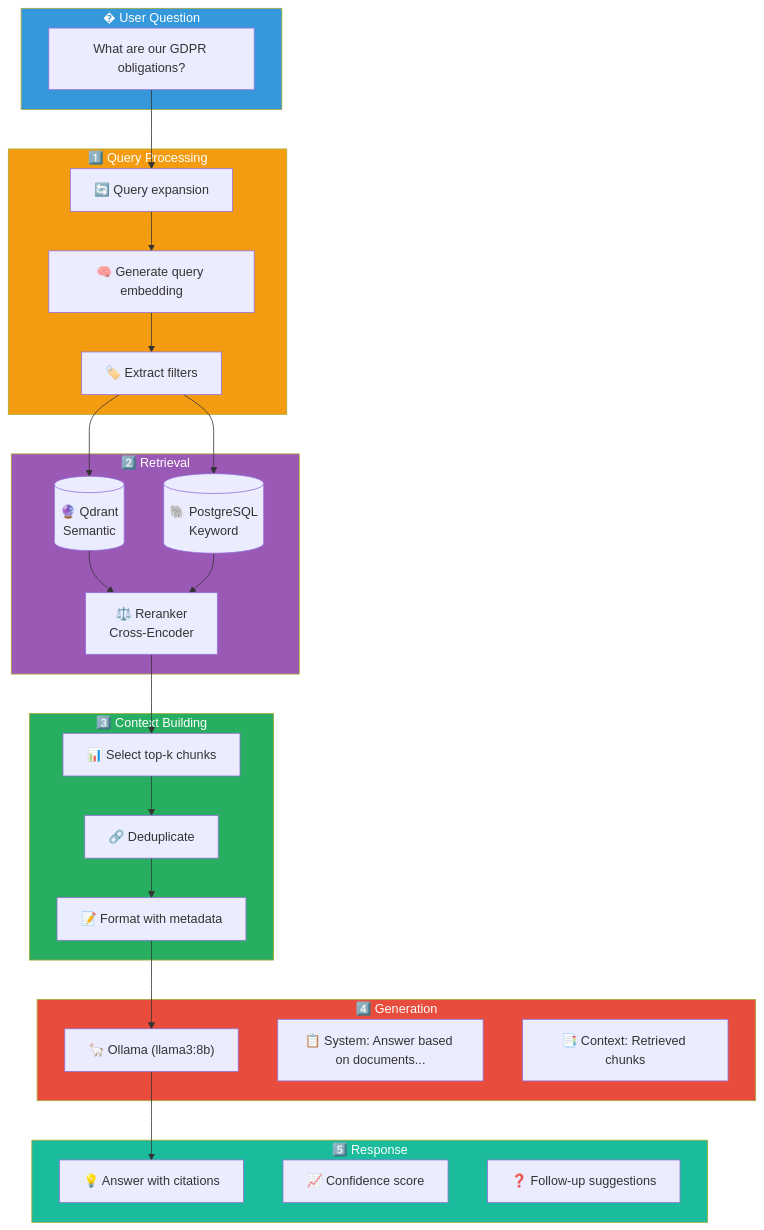
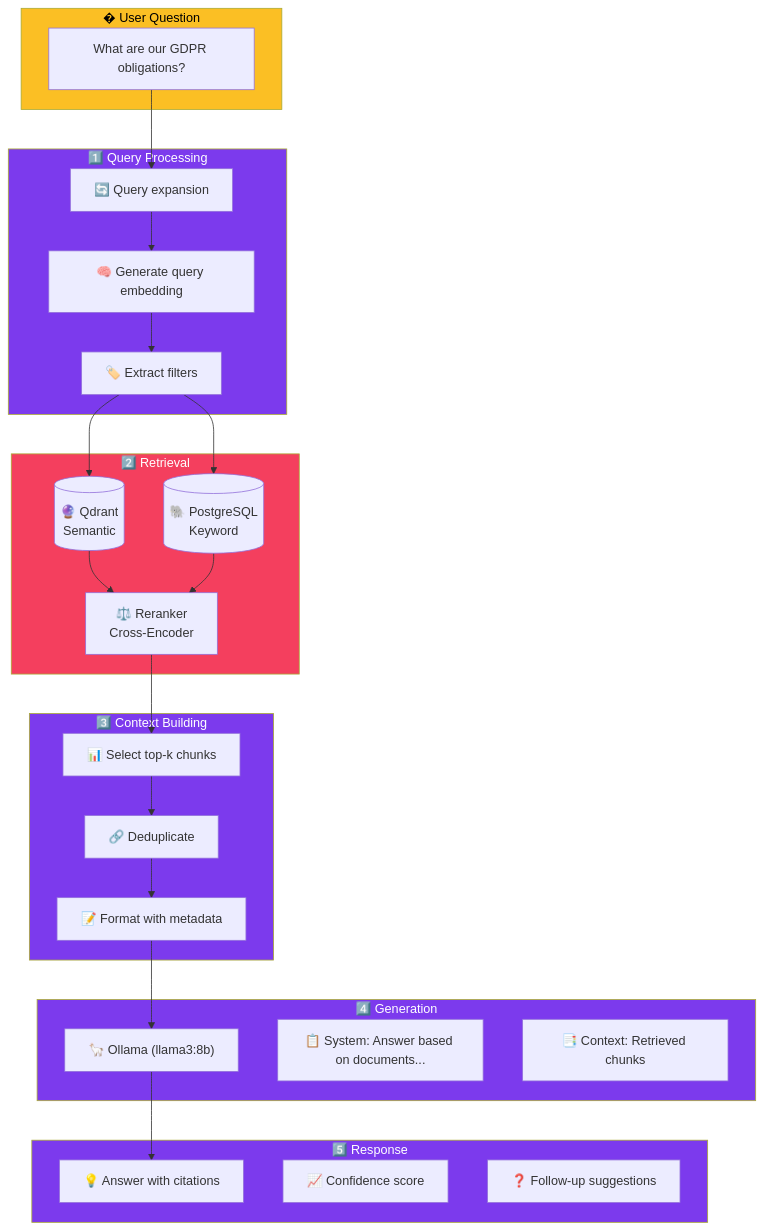
The diagram in src/content/blog/rag-pipeline-ollama-qdrant.mdx (viktorrobin/bluerobin-blog), drawn with Mermaid before and after one commit. The commit also changed other lines of this file and 127 other files, not shown here.

````diff
--- a/src/content/blog/rag-pipeline-ollama-qdrant.mdx
+++ b/src/content/blog/rag-pipeline-ollama-qdrant.mdx
@@ -24,52 +39,53 @@
 ```mermaid
 flowchart TB
     subgraph Input["� User Question"]
         Q["What are our GDPR obligations?"]
     end
 
     subgraph QueryProcessing["1️⃣ Query Processing"]
         QP1[🔄 Query expansion]
         QP2[🧠 Generate query embedding]
         QP3[🏷️ Extract filters]
     end
 
     subgraph Retrieval["2️⃣ Retrieval"]
         R1[("🔮 Qdrant<br/>Semantic")]
         R2[("🐘 PostgreSQL<br/>Keyword")]
         R3["⚖️ Reranker<br/>Cross-Encoder"]
         R1 & R2 --> R3
     end
 
     subgraph Context["3️⃣ Context Building"]
         C1[📊 Select top-k chunks]
         C2[🔗 Deduplicate]
         C3[📝 Format with metadata]
         C1 --> C2 --> C3
     end
 
     subgraph Generation["4️⃣ Generation"]
         G1["🦙 Ollama (llama3:8b)"]
         G2["📋 System: Answer based on documents..."]
         G3["📑 Context: Retrieved chunks"]
     end
 
     subgraph Response["5️⃣ Response"]
         RS1[💡 Answer with citations]
         RS2[📈 Confidence score]
         RS3[❓ Follow-up suggestions]
     end
 
     Q --> QP1
     QP1 --> QP2 --> QP3
     QP3 --> R1 & R2
     R3 --> C1
     C3 --> G1
     G1 --> RS1
 
-    style Input fill:#3498db,color:#fff
-    style QueryProcessing fill:#f39c12,color:#fff
-    style Retrieval fill:#9b59b6,color:#fff
-    style Context fill:#27ae60,color:#fff
-    style Generation fill:#e74c3c,color:#fff
-    style Response fill:#1abc9c,color:#fff
+    classDef primary fill:#7c3aed,color:#fff
+    classDef secondary fill:#06b6d4,color:#fff
+    classDef db fill:#f43f5e,color:#fff
+    classDef warning fill:#fbbf24,color:#000
+    class Input warning
+    class QueryProcessing,Context,Generation,Response primary
+    class Retrieval db
 ```
````
